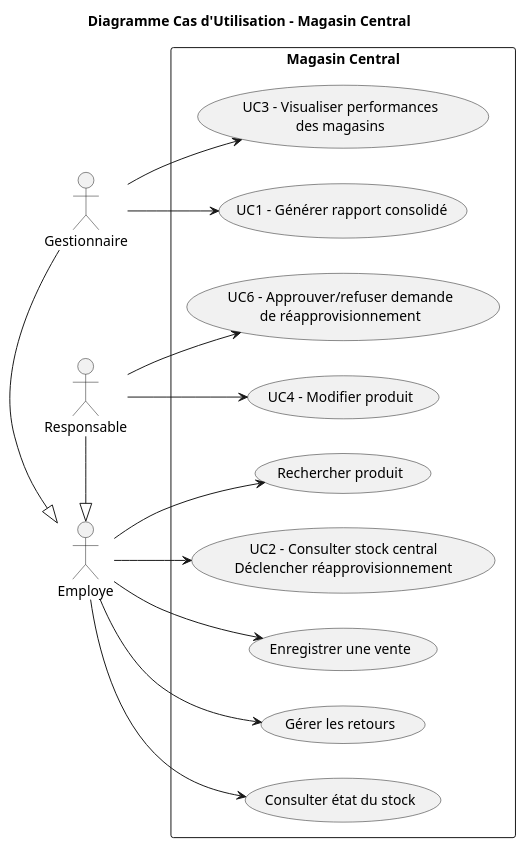
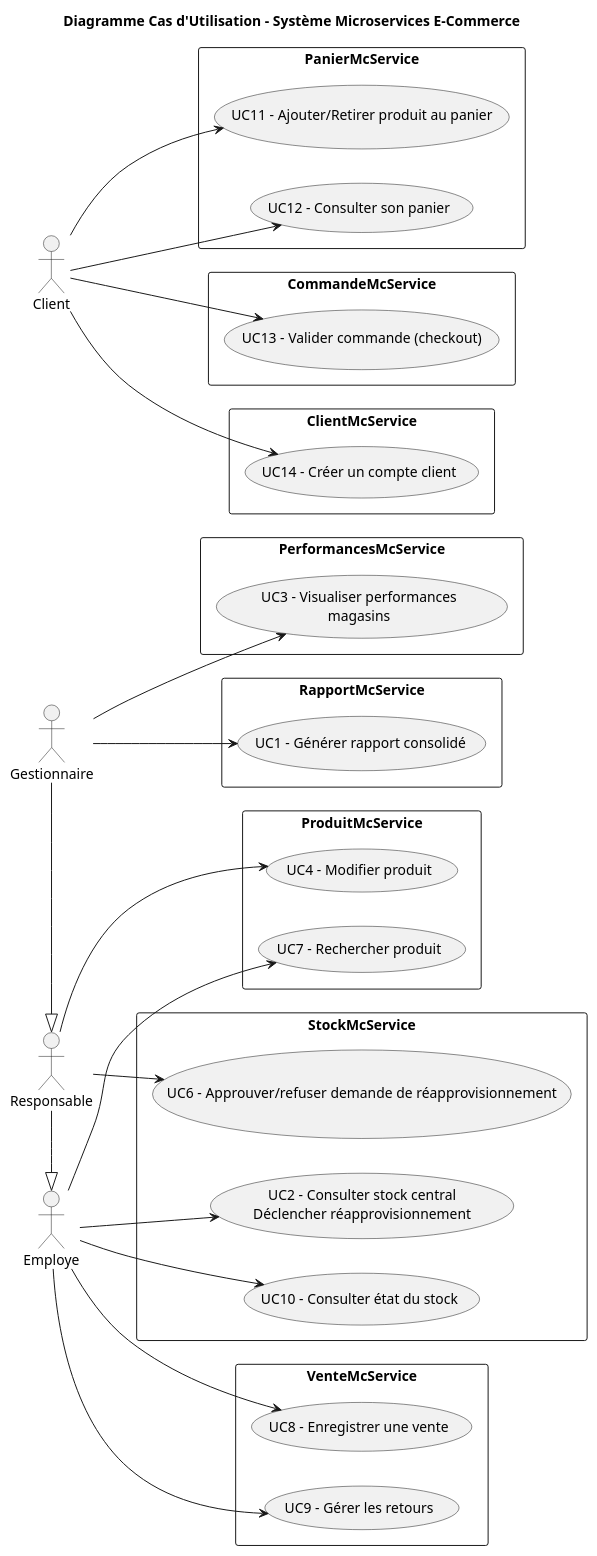
The diagram in docs/UML/CasUtilisation/DiagrammeCU.puml (itsahmed98/log430-lab3-magasinMVC-api), drawn with PlantUML before and after one commit. The commit also changed 27 other files, not shown here.

Commit message:
Faire les diagrammes 4+1

```diff
--- a/docs/UML/CasUtilisation/DiagrammeCU.puml
+++ b/docs/UML/CasUtilisation/DiagrammeCU.puml
@@ -1,33 +1,72 @@
-@startuml "Diagramme Cas d'Utilisation - Magasin Central"
-title Diagramme Cas d'Utilisation - Magasin Central
+@startuml "Diagramme Cas d'Utilisation - Microservices"
+
+title Diagramme Cas d'Utilisation - Système Microservices E-Commerce
+
 left to right direction
+skinparam packageStyle rectangle
 
 actor Employe as E
+actor Responsable as R
 actor Gestionnaire as G
-actor Responsable as R
+actor Client as C
 
-G -|> E
+G -|> R
 R -|> E
 
-rectangle "Magasin Central" {
-    usecase UC1 as "UC1 - Générer rapport consolidé"
-    usecase UC2 as "UC2 - Consulter stock central\nDéclencher réapprovisionnement"
-    usecase UC3 as "UC3 - Visualiser performances\ndes magasins"
+package "ProduitMcService" {
     usecase UC4 as "UC4 - Modifier produit"
-    usecase UC6 as "UC6 - Approuver/refuser demande\nde réapprovisionnement"
-    usecase UC7 as "Rechercher produit"
-    usecase UC8 as "Enregistrer une vente"
-    usecase UC9 as "Gérer les retours"
-    usecase UC10 as "Consulter état du stock"
+    usecase UC7 as "UC7 - Rechercher produit"
 }
 
-G --> UC1
+package "StockMcService" {
+    usecase UC2 as "UC2 - Consulter stock central\nDéclencher réapprovisionnement"
+    usecase UC10 as "UC10 - Consulter état du stock"
+    usecase UC6 as "UC6 - Approuver/refuser demande de réapprovisionnement"
+}
+
+package "RapportMcService" {
+    usecase UC1 as "UC1 - Générer rapport consolidé"
+}
+
+package "PerformancesMcService" {
+    usecase UC3 as "UC3 - Visualiser performances\nmagasins"
+}
+
+package "VenteMcService" {
+    usecase UC8 as "UC8 - Enregistrer une vente"
+    usecase UC9 as "UC9 - Gérer les retours"
+}
+
+package "PanierMcService" {
+    usecase UC11 as "UC11 - Ajouter/Retirer produit au panier"
+    usecase UC12 as "UC12 - Consulter son panier"
+}
+
+package "CommandeMcService" {
+    usecase UC13 as "UC13 - Valider commande (checkout)"
+}
+
+package "ClientMcService" {
+    usecase UC14 as "UC14 - Créer un compte client"
+}
+
+' Associations
+
 E --> UC2
-G --> UC3
-R --> UC4
-R --> UC6
 E --> UC7
 E --> UC8
 E --> UC9
 E --> UC10
+
+R --> UC4
+R --> UC6
+
+G --> UC1
+G --> UC3
+
+C --> UC11
+C --> UC12
+C --> UC13
+C --> UC14
+
 @enduml
```
